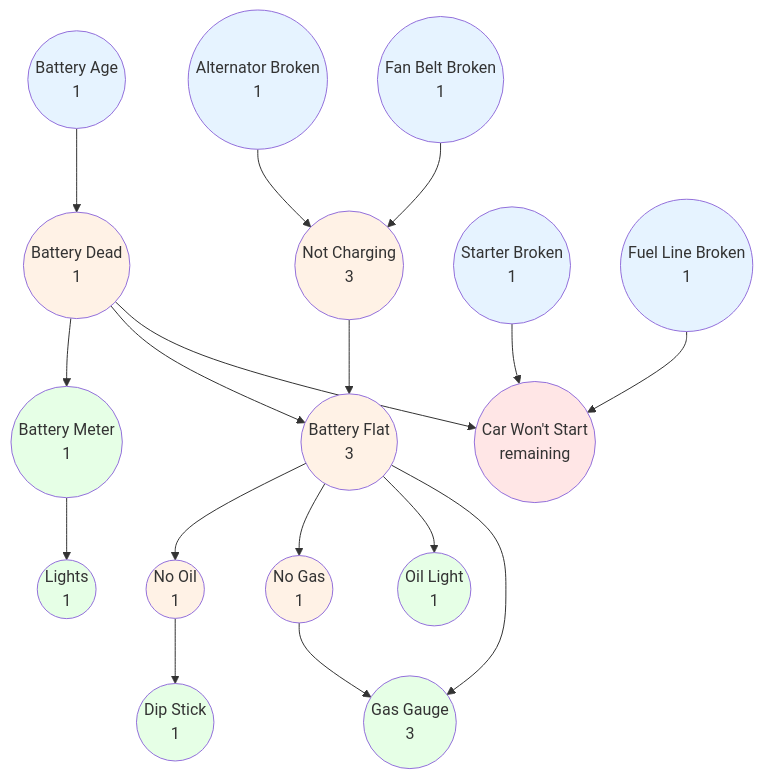
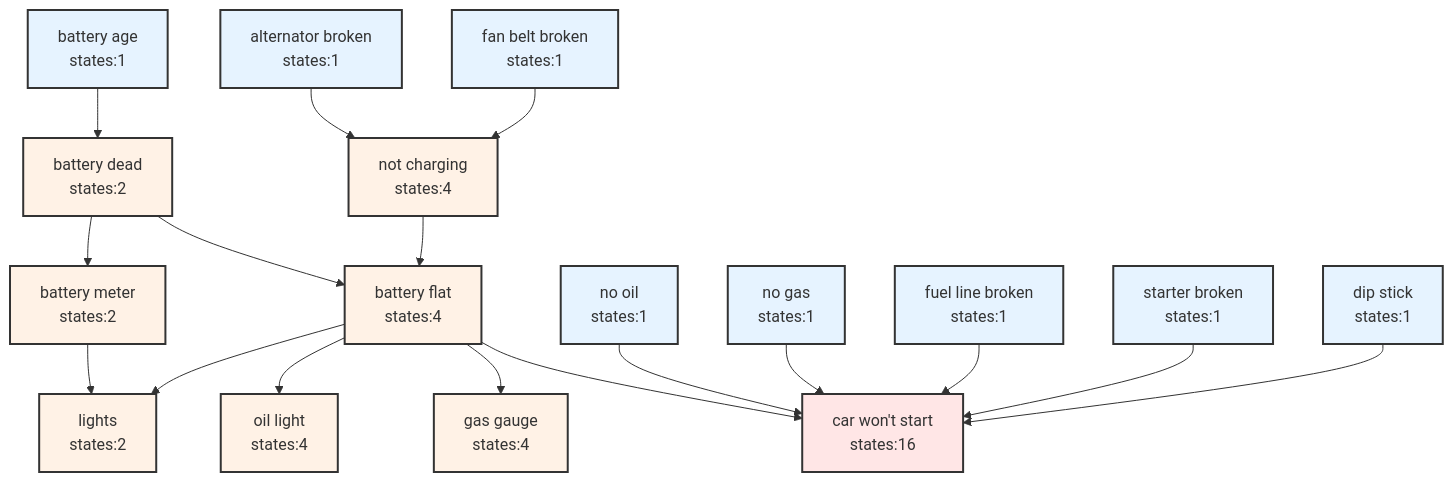
One commit to Chaklader/part-of-speech-tagging changed the third of 8 diagrams in NOTE.md. Above: the diagram before and after it, drawn with Mermaid. The commit also changed other lines of this file, not shown here.

````diff
--- a/NOTE.md
+++ b/NOTE.md
@@ -1571,29 +1541,30 @@
 ```mermaid
 graph TD
-    BA((Battery Age<br/>1)) --> BD((Battery Dead<br/>1))
-    AB((Alternator Broken<br/>1)) --> NC((Not Charging<br/>3))
-    FB((Fan Belt Broken<br/>1)) --> NC
-    BD --> BM((Battery Meter<br/>1))
-    BD --> BF((Battery Flat<br/>3))
+    BA[battery age<br/>states:1] --> BD[battery dead<br/>states:2]
+    BD --> BM[battery meter<br/>states:2]
+    BD --> BF[battery flat<br/>states:4]
+    
+    AB[alternator broken<br/>states:1] --> NC[not charging<br/>states:4]
+    FB[fan belt broken<br/>states:1] --> NC
     NC --> BF
-    BF --> NO((No Oil<br/>1))
-    BF --> NG((No Gas<br/>1))
-    BM --> L((Lights<br/>1))
-    BF --> OL((Oil Light<br/>1))
-    BF --> GG((Gas Gauge<br/>3))
-    NG --> GG
-    NO --> DS((Dip Stick<br/>1))
-    BD --> CW((Car Won't Start<br/>remaining))
-    SB((Starter Broken<br/>1)) --> CW
-    FL((Fuel Line Broken<br/>1)) --> CW
-
-    classDef root fill:#e6f3ff
-    classDef intermediate fill:#fff2e6
-    classDef sensor fill:#e6ffe6
-    classDef target fill:#ffe6e6
-
-    class BA,AB,FB,SB,FL root
-    class BD,NC,BF,NO,NG intermediate
-    class BM,L,OL,GG,DS sensor
-    class CW target
+    
+    BM --> L[lights<br/>states:2]
+    BF --> L
+    BF --> OL[oil light<br/>states:4]
+    BF --> GG[gas gauge<br/>states:4]
+    
+    NO[no oil<br/>states:1] --> CW[car won't start<br/>states:16]
+    NG[no gas<br/>states:1] --> CW
+    FLB[fuel line broken<br/>states:1] --> CW
+    SB[starter broken<br/>states:1] --> CW
+    DS[dip stick<br/>states:1] --> CW
+    BF --> CW
+    
+    classDef root fill:#e6f3ff,stroke:#333,stroke-width:2px;
+    classDef intermediate fill:#fff2e6,stroke:#333,stroke-width:2px;
+    classDef target fill:#ffe6e6,stroke:#333,stroke-width:2px;
+    
+    class BA,AB,FB,FLB,SB,DS,NO,NG root;
+    class BD,NC,BM,BF,L,OL,GG intermediate;
+    class CW target;
 ```
````
